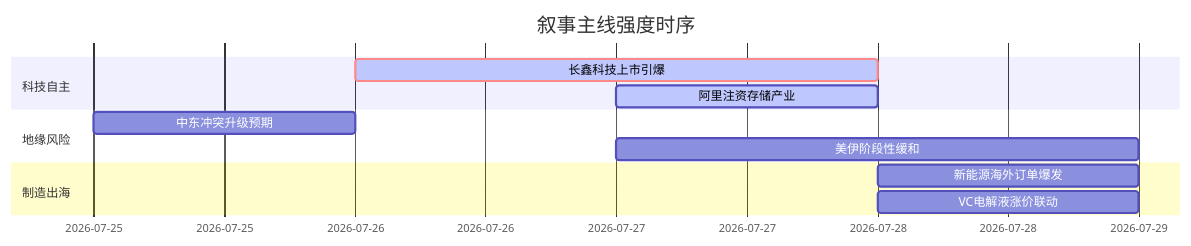
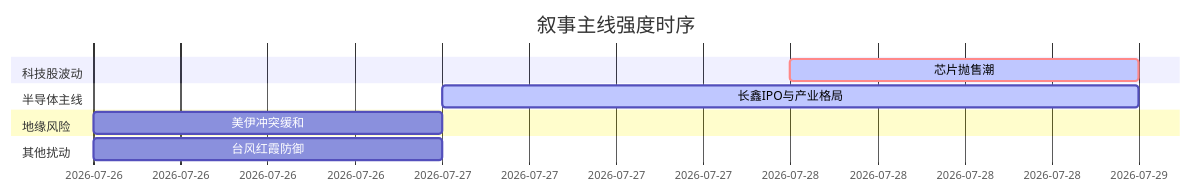
Before and after one commit to uu5zn/uu5zn.github.io: the diagram in 5day_report.md, drawn with Mermaid. The commit also changed other lines of this file and 20 other files, not shown here.

````diff
--- a/5day_report.md
+++ b/5day_report.md
@@ -56,16 +54,16 @@
 ```mermaid
 gantt
     title 叙事主线强度时序
     dateFormat  YYYY-MM-DD
-    section 科技自主
-    长鑫科技上市引爆       :crit, active, 2026-07-26, 2d
-    阿里注资存储产业       :active, 2026-07-27, 1d
+    section 科技股波动
+    芯片抛售潮     :crit, active, 2026-07-28, 1d
+    
+    section 半导体主线
+    长鑫IPO与产业格局 :active, 2026-07-27, 2d
     
     section 地缘风险
-    中东冲突升级预期       :2026-07-25, 1d
-    美伊阶段性缓和         :2026-07-27, 2d
+    美伊冲突缓和   :2026-07-26, 1d
     
-    section 制造出海
-    新能源海外订单爆发     :2026-07-28, 1d
-    VC电解液涨价联动       :2026-07-28, 1d
+    section 其他扰动
+    台风红霞防御   :2026-07-26, 1d
 ```
````
